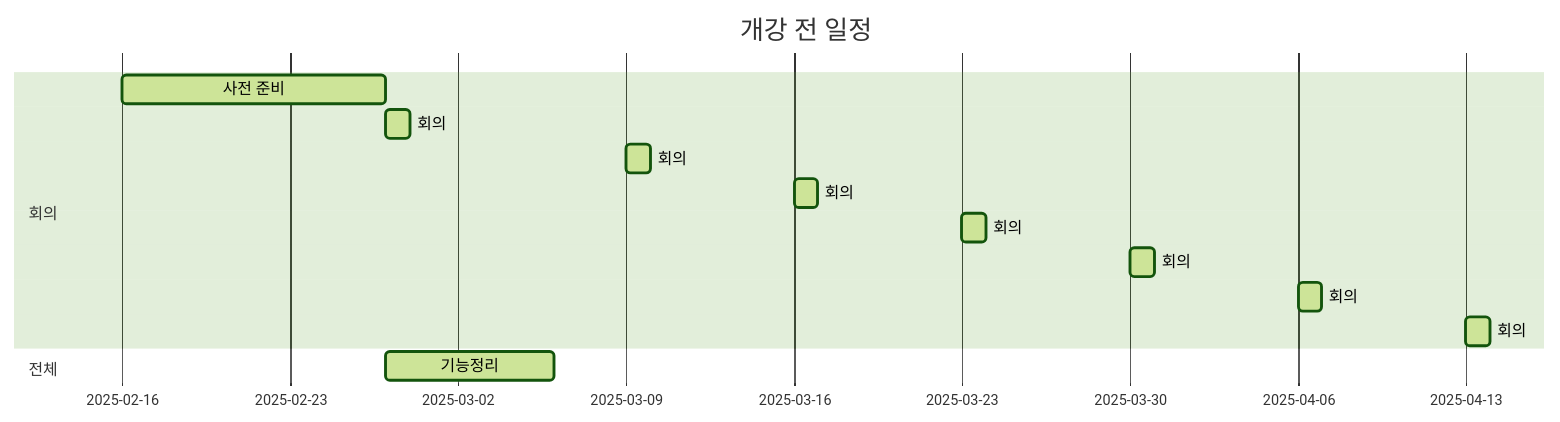
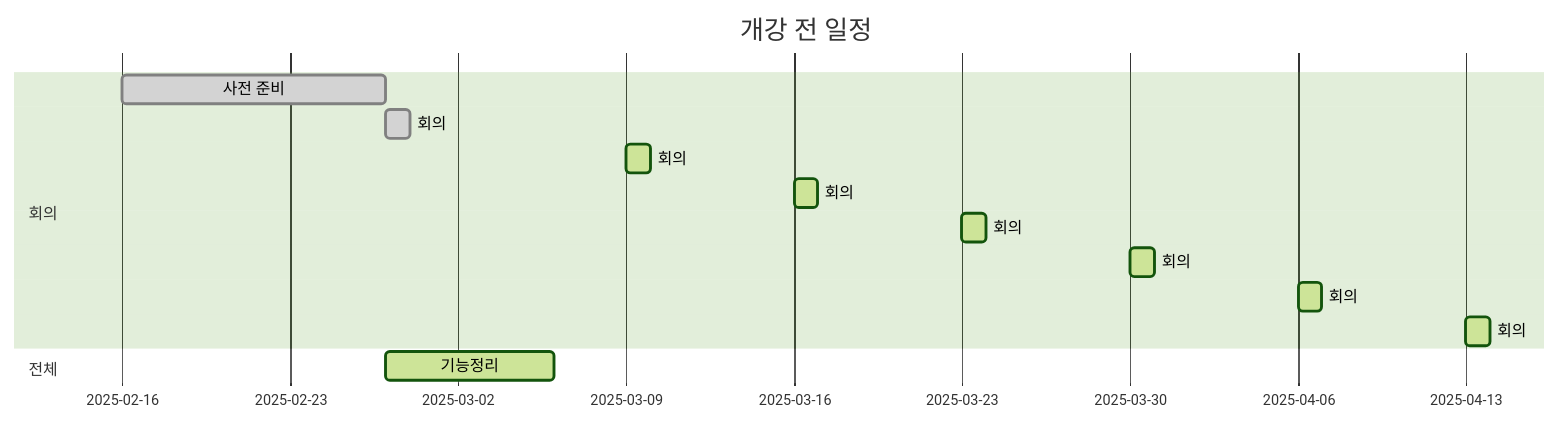
One commit to Taekwondo1906/taekwon changed the diagram in README.md. Above: the diagram before and after it, drawn with Mermaid (forest theme).

````diff
--- a/README.md
+++ b/README.md
@@ -7,22 +7,22 @@
 ```mermaid
 
 gantt
 title 개강 전 일정
 dateFormat MM-DD
 
 section 회의
-사전 준비:active, 02-16, 11d
-회의:active, 02-27, 1d
+사전 준비:done, 02-16, 11d
+회의:done, 02-27, 1d
 회의:active, 03-09, 1d
 회의:active, 03-16, 1d
 회의:active, 03-23, 1d
 회의:active, 03-30, 1d
 회의:active, 04-06, 1d
 회의:active, 04-13, 1d
 
 section 전체
 기능정리:active, 02-27, 7d
 
 section 개발
 
 ```
````
